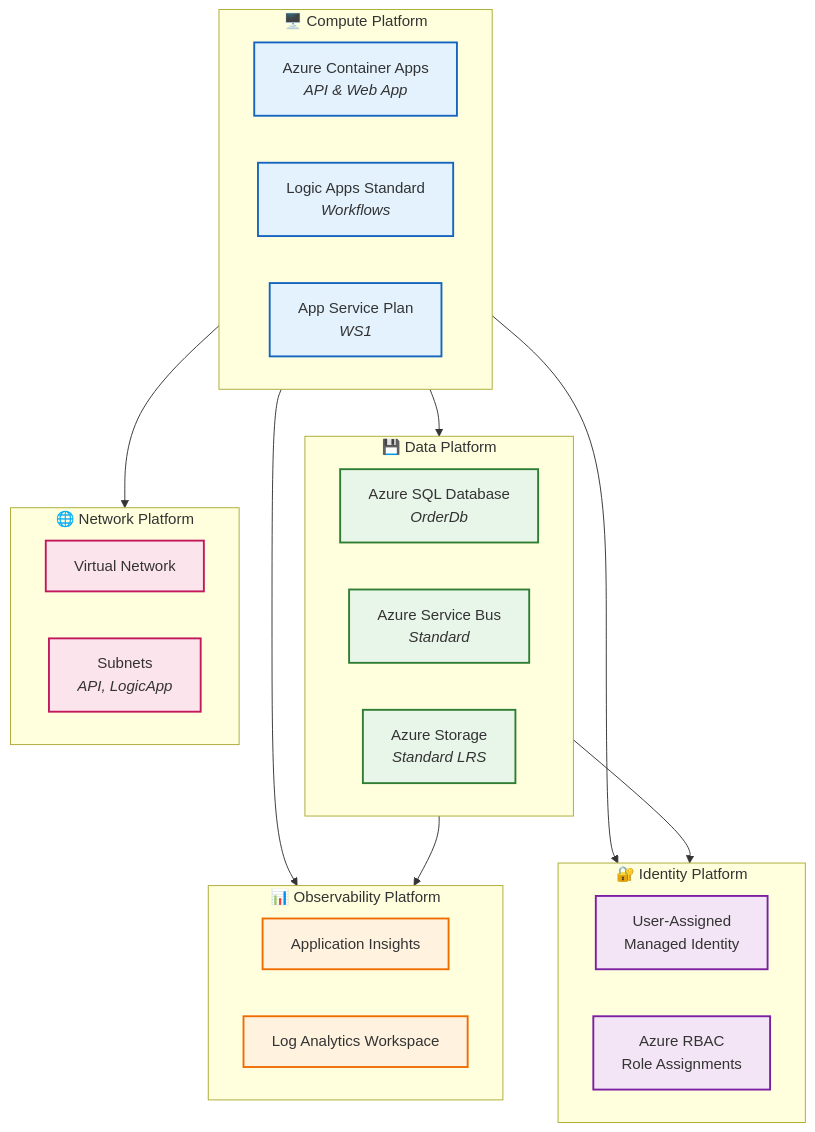
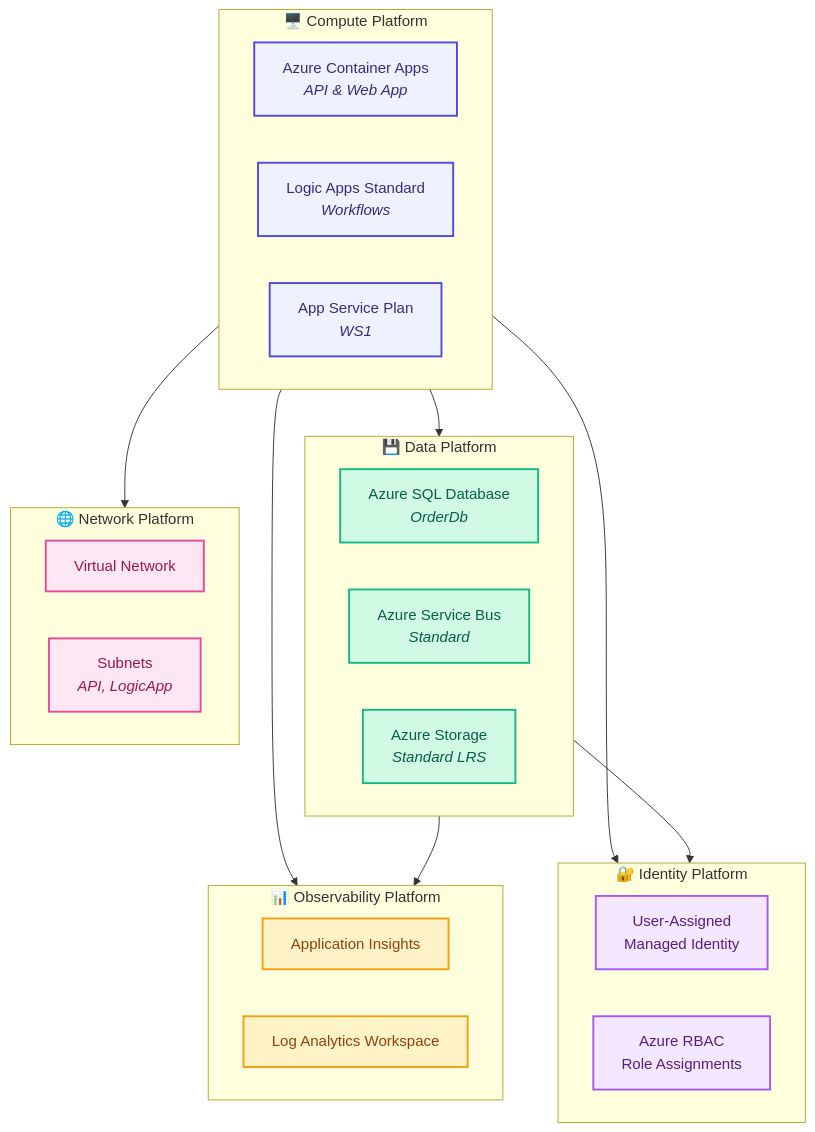
Before and after one commit to Evilazaro/Azure-LogicApps-Monitoring: the first of 2 diagrams in docs/architecture/04-technology-architecture.md, drawn with Mermaid. The commit also changed other lines of this file and 4 other files, not shown here.

Commit message:
feat(docs): Enhance architecture documentation with detailed diagrams and modern color palette

````diff
--- a/docs/architecture/04-technology-architecture.md
+++ b/docs/architecture/04-technology-architecture.md
@@ -58,48 +58,51 @@
 ```mermaid
 flowchart TB
+    %% Platform Decomposition - Azure platform services architecture
     subgraph Compute["🖥️ Compute Platform"]
         ACA["Azure Container Apps<br/><i>API & Web App</i>"]
         LA["Logic Apps Standard<br/><i>Workflows</i>"]
         ASP["App Service Plan<br/><i>WS1</i>"]
     end
 
     subgraph Data["💾 Data Platform"]
         SQL["Azure SQL Database<br/><i>OrderDb</i>"]
         SB["Azure Service Bus<br/><i>Standard</i>"]
         Storage["Azure Storage<br/><i>Standard LRS</i>"]
     end
 
     subgraph Observability["📊 Observability Platform"]
         AI["Application Insights"]
         LAW["Log Analytics Workspace"]
     end
 
     subgraph Identity["🔐 Identity Platform"]
         MI["User-Assigned<br/>Managed Identity"]
         RBAC["Azure RBAC<br/>Role Assignments"]
     end
 
     subgraph Network["🌐 Network Platform"]
         VNet["Virtual Network"]
         Subnets["Subnets<br/><i>API, LogicApp</i>"]
     end
 
+    %% Platform dependencies
     Compute --> Data
     Compute --> Observability
     Compute --> Identity
     Data --> Observability
     Data --> Identity
     Compute --> Network
 
-    classDef compute fill:#e3f2fd,stroke:#1565c0,stroke-width:2px
-    classDef data fill:#e8f5e9,stroke:#2e7d32,stroke-width:2px
-    classDef observe fill:#fff3e0,stroke:#ef6c00,stroke-width:2px
-    classDef identity fill:#f3e5f5,stroke:#7b1fa2,stroke-width:2px
-    classDef network fill:#fce4ec,stroke:#c2185b,stroke-width:2px
+    %% Modern color palette - WCAG AA compliant
+    classDef compute fill:#EEF2FF,stroke:#4F46E5,stroke-width:2px,color:#312E81
+    classDef data fill:#D1FAE5,stroke:#10B981,stroke-width:2px,color:#065F46
+    classDef observe fill:#FEF3C7,stroke:#F59E0B,stroke-width:2px,color:#92400E
+    classDef identity fill:#F3E8FF,stroke:#A855F7,stroke-width:2px,color:#581C87
+    classDef network fill:#FCE7F3,stroke:#EC4899,stroke-width:2px,color:#9D174D
 
     class ACA,LA,ASP compute
     class SQL,SB,Storage data
     class AI,LAW observe
     class MI,RBAC identity
     class VNet,Subnets network
 ```
````
